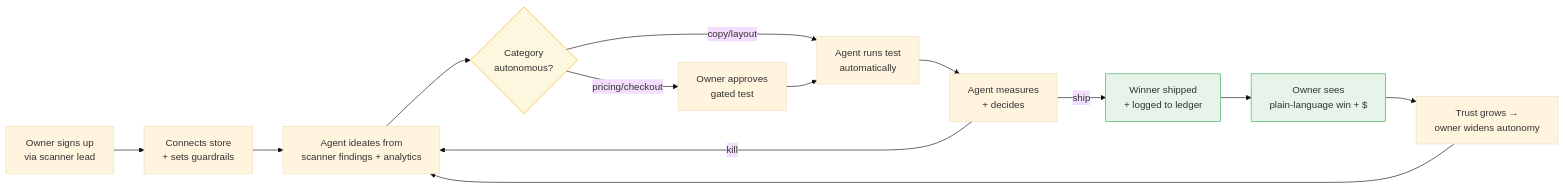
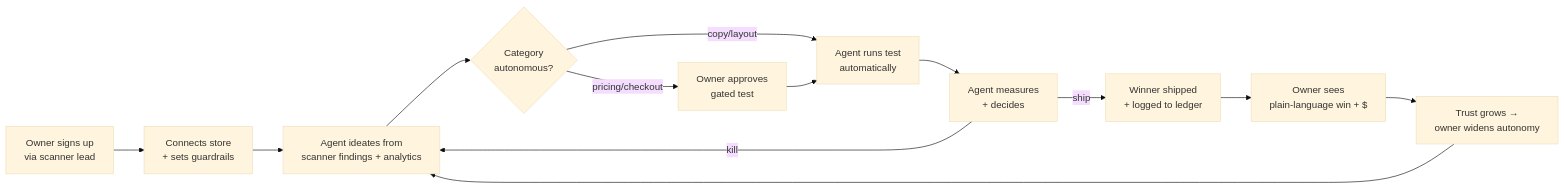
One commit to omars-lab/omars-lab.github.io changed diagram 13 of 15 in bytesofpurpose-blog/designs/2026-06-22-self-healing-storefront.mdx. Above: the diagram before and after it, drawn with Mermaid (base theme). The commit also changed other lines of this file and 6 other files, not shown here.

First line of the commit message:
feat(designs): on-brand mermaid theme + dark-mode-adaptive diagrams

````diff
--- a/bytesofpurpose-blog/designs/2026-06-22-self-healing-storefront.mdx
+++ b/bytesofpurpose-blog/designs/2026-06-22-self-healing-storefront.mdx
@@ -836,18 +805,15 @@
 ```mermaid
 graph LR
     A[Owner signs up<br/>via scanner lead] --> B[Connects store<br/>+ sets guardrails]
     B --> C[Agent ideates from<br/>scanner findings + analytics]
     C --> D{Category<br/>autonomous?}
     D -->|copy/layout| E[Agent runs test<br/>automatically]
     D -->|pricing/checkout| F[Owner approves<br/>gated test] --> E
     E --> G[Agent measures<br/>+ decides]
     G -->|ship| H[Winner shipped<br/>+ logged to ledger]
     G -->|kill| C
     H --> I[Owner sees<br/>plain-language win + $]
     I --> J[Trust grows →<br/>owner widens autonomy]
     J --> C
 
-    style D fill:#fef7e0,stroke:#f9ab00
-    style H fill:#e6f4ea,stroke:#34a853
-    style I fill:#e6f4ea,stroke:#34a853
 ```
````
